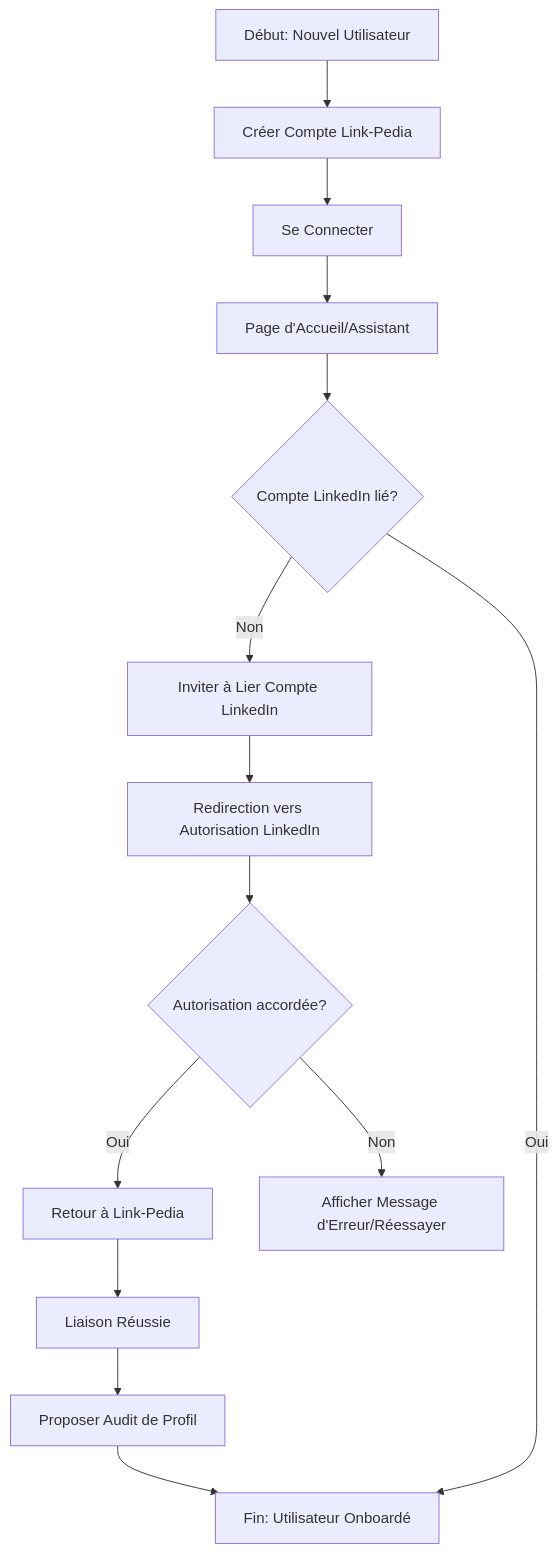
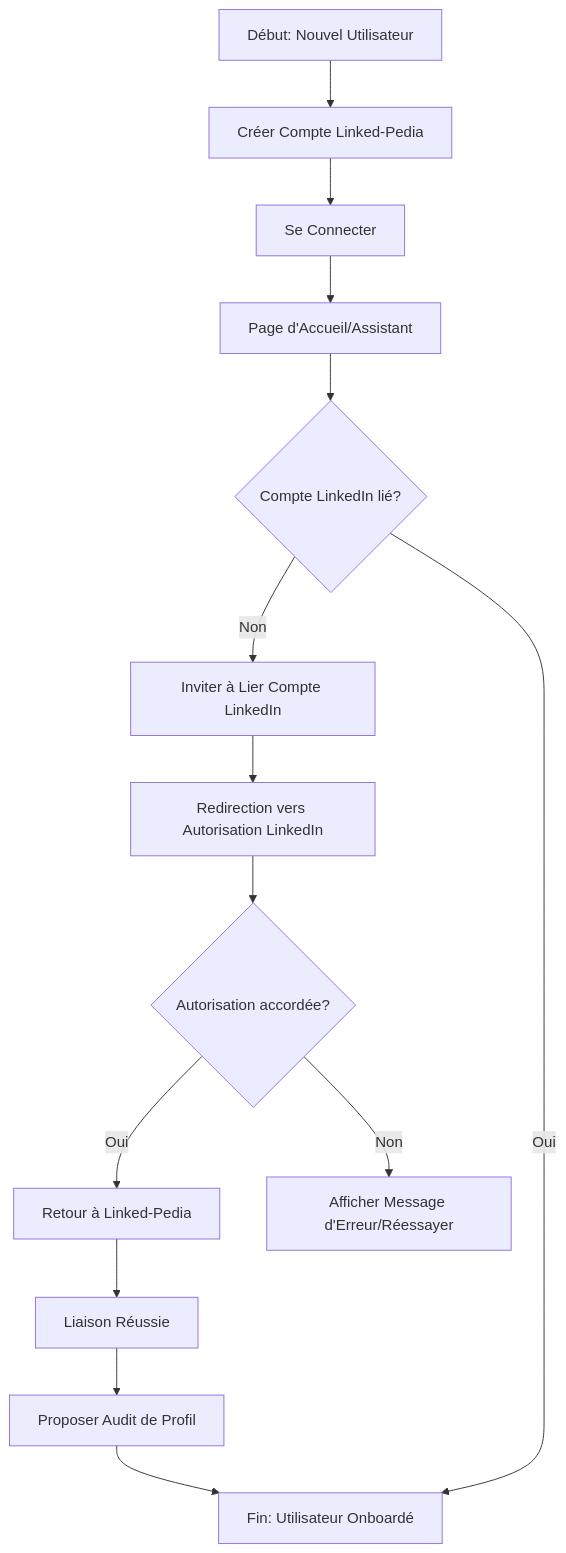
One commit to m6tm/linked-pedia changed the second of 3 diagrams in project_prd.md. Above: the diagram before and after it, drawn with Mermaid. The commit also changed other lines of this file and 27 other files, not shown here.

Commit message:
refactor: renommer Link-Pedia -> Linked-Pedia

````diff
--- a/project_prd.md
+++ b/project_prd.md
@@ -499,16 +499,16 @@
 ```mermaid
 graph TD
-    A[Début: Nouvel Utilisateur] --> B[Créer Compte Link-Pedia];
+    A[Début: Nouvel Utilisateur] --> B[Créer Compte Linked-Pedia];
     B --> C[Se Connecter];
     C --> D[Page d'Accueil/Assistant];
     D --> E{Compte LinkedIn lié?};
     E -- Non --> F[Inviter à Lier Compte LinkedIn];
     F --> G[Redirection vers Autorisation LinkedIn];
     G --> H{Autorisation accordée?};
-    H -- Oui --> I[Retour à Link-Pedia];
+    H -- Oui --> I[Retour à Linked-Pedia];
     H -- Non --> J[Afficher Message d'Erreur/Réessayer];
     I --> K[Liaison Réussie];
     K --> L[Proposer Audit de Profil];
     L --> M[Fin: Utilisateur Onboardé];
     E -- Oui --> M;
 ```
````
